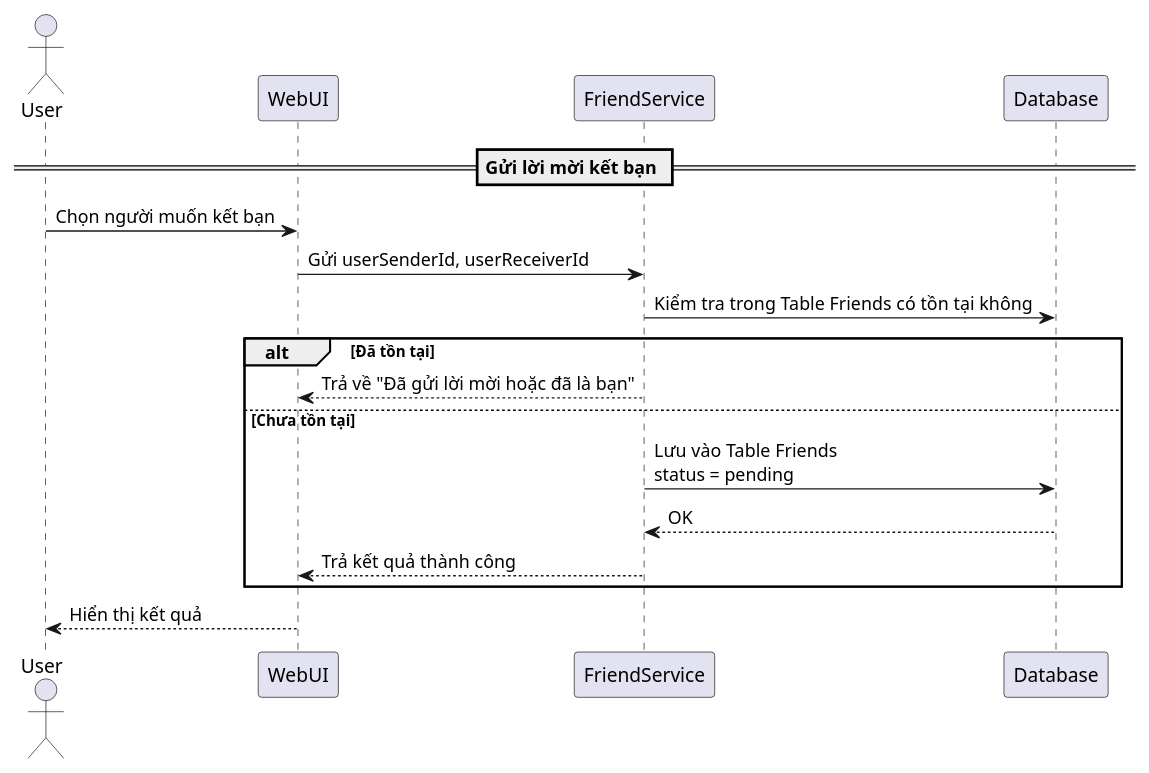
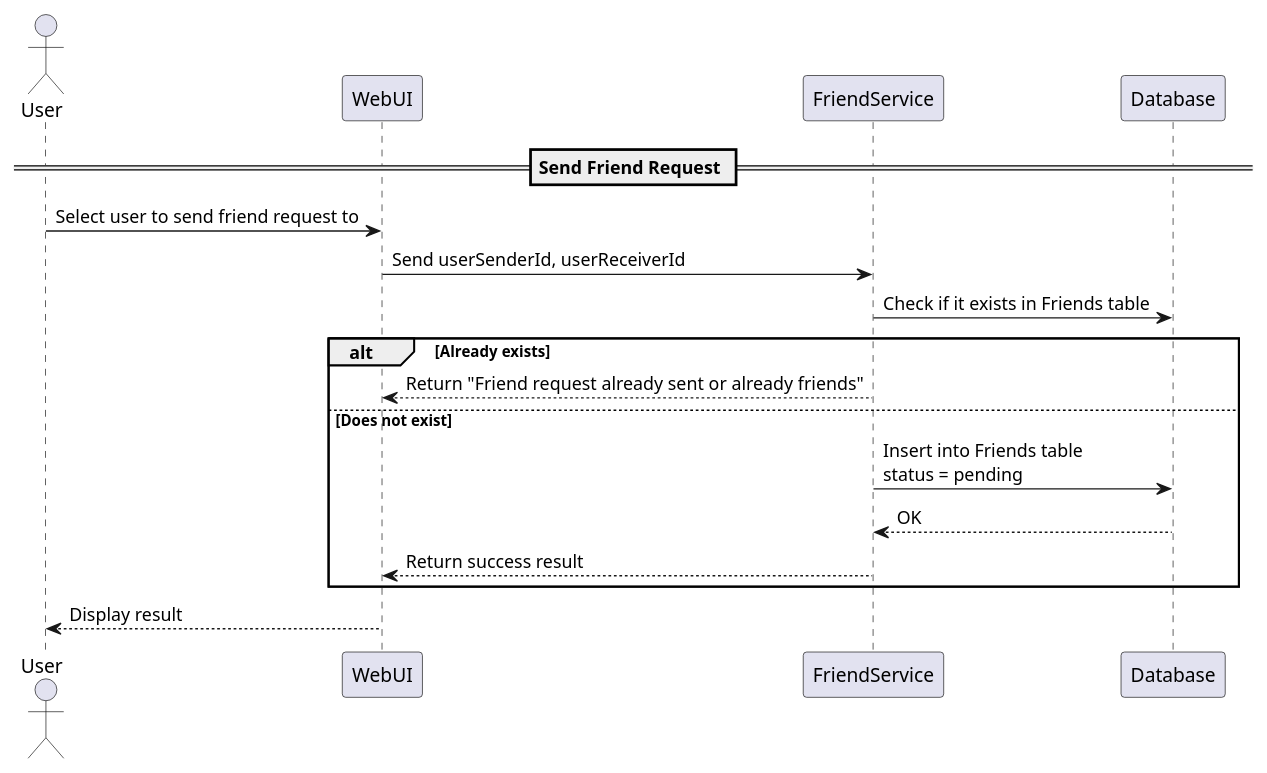
Before and after one commit to twicelike/project-newjeans: the first of 4 diagrams in diagram/Friend_management_user.md, drawn with PlantUML. The commit also changed 6 other files, not shown here.

````diff
--- a/diagram/Friend_management_user.md
+++ b/diagram/Friend_management_user.md
@@ -4,21 +4,21 @@
 ```uml
 @startuml
 actor User
 participant WebUI
 participant FriendService
 participant Database
 
-== Gửi lời mời kết bạn ==
-User -> WebUI : Chọn người muốn kết bạn
-WebUI -> FriendService : Gửi userSenderId, userReceiverId
-FriendService -> Database : Kiểm tra trong Table Friends có tồn tại không
-alt Đã tồn tại
-    FriendService --> WebUI : Trả về "Đã gửi lời mời hoặc đã là bạn"
-else Chưa tồn tại
-    FriendService -> Database : Lưu vào Table Friends\nstatus = pending
+== Send Friend Request ==
+User -> WebUI : Select user to send friend request to
+WebUI -> FriendService : Send userSenderId, userReceiverId
+FriendService -> Database : Check if it exists in Friends table
+alt Already exists
+    FriendService --> WebUI : Return "Friend request already sent or already friends"
+else Does not exist
+    FriendService -> Database : Insert into Friends table\nstatus = pending
     Database --> FriendService : OK
-    FriendService --> WebUI : Trả kết quả thành công
+    FriendService --> WebUI : Return success result
 end
-WebUI --> User : Hiển thị kết quả
+WebUI --> User : Display result
 @enduml
 ```
````
